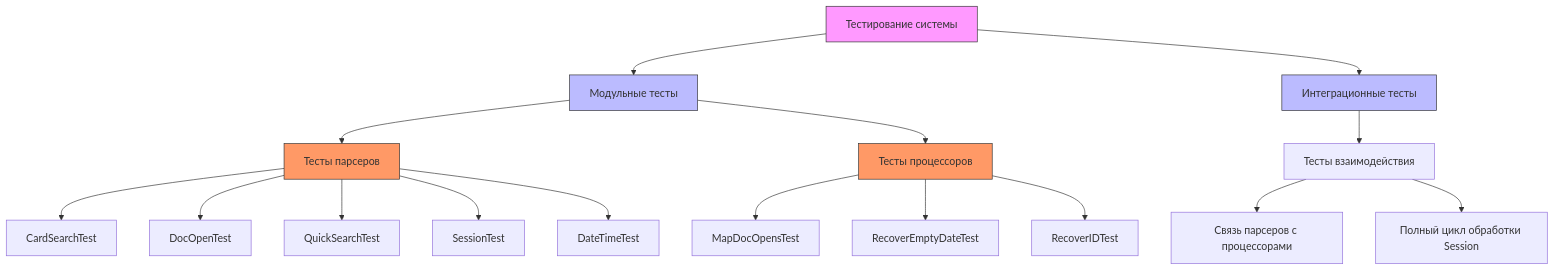
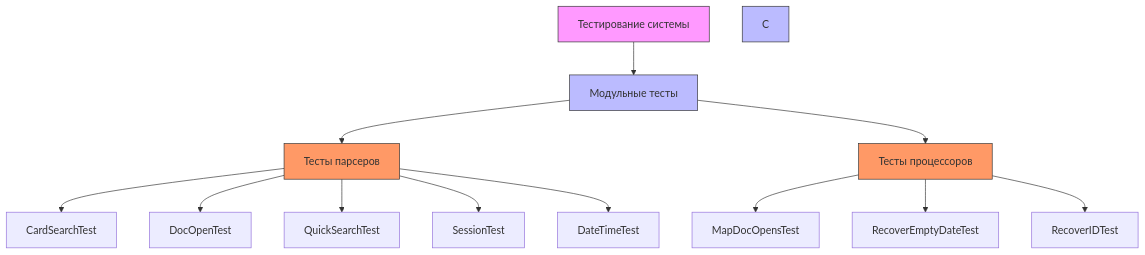
Before and after one commit to u-khasanova/test_DE: the diagram in README.md, drawn with Mermaid.

````diff
--- a/README.md
+++ b/README.md
@@ -7,27 +7,22 @@
 ```mermaid
 graph TD
     A[Тестирование системы] --> B[Модульные тесты]
-    A --> C[Интеграционные тесты]
     
     B --> B1[Тесты парсеров]
     B1 --> B11[CardSearchTest]
     B1 --> B12[DocOpenTest]
     B1 --> B13[QuickSearchTest]
     B1 --> B14[SessionTest]
     B1 --> B15[DateTimeTest]
     
     B --> B2[Тесты процессоров]
     B2 --> B21[MapDocOpensTest]
     B2 --> B22[RecoverEmptyDateTest]
     B2 --> B23[RecoverIDTest]
     
-    C --> C1[Тесты взаимодействия]
-    C1 --> C11[Связь парсеров с процессорами]
-    C1 --> C12[Полный цикл обработки Session]
-    
     style A fill:#f9f,stroke:#333
     style B fill:#bbf,stroke:#333
     style C fill:#bbf,stroke:#333
     style B1 fill:#f96,stroke:#333
     style B2 fill:#f96,stroke:#333
 ```
````
